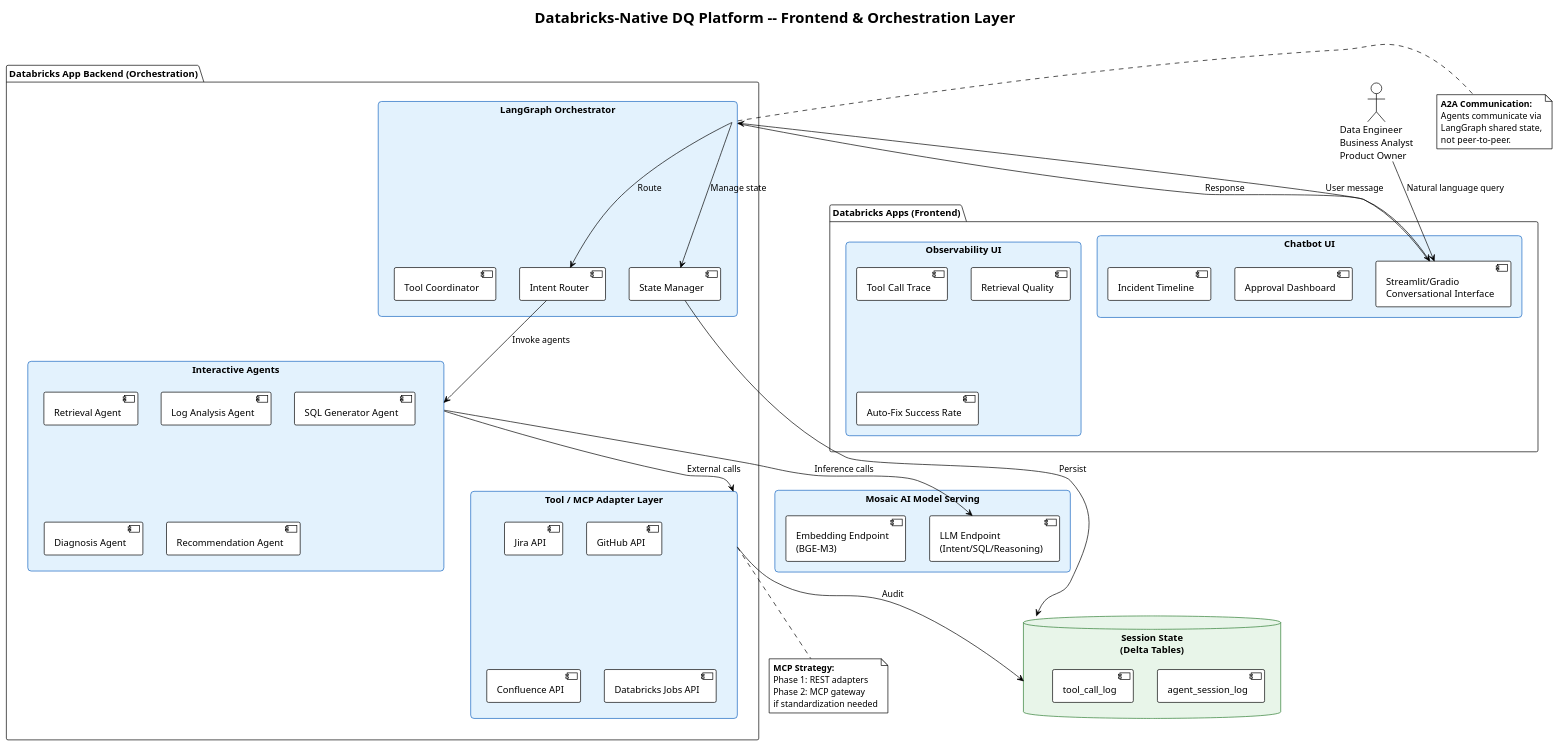
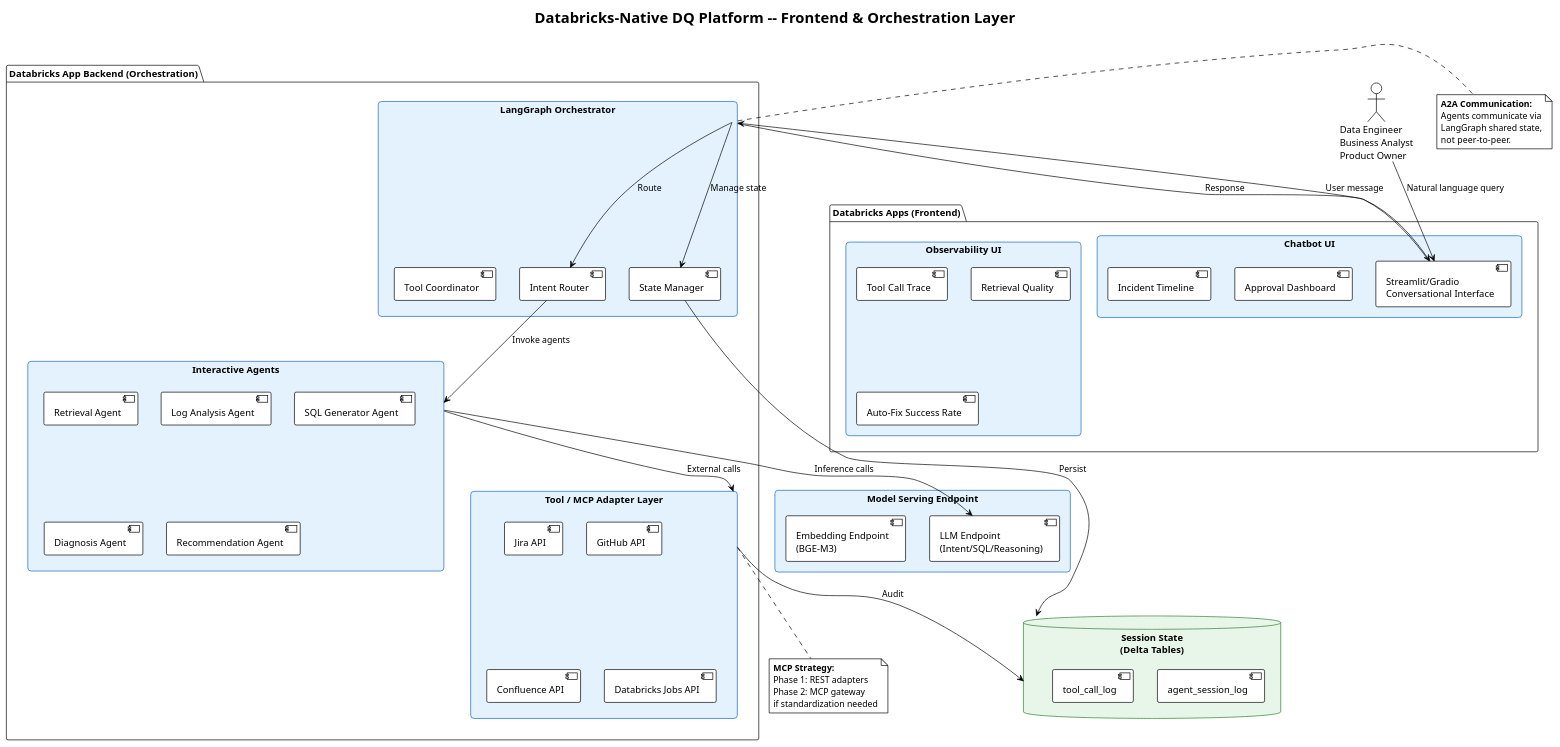
One commit to indraykk83/dre-design changed the diagram in puml/27_frontend_orchestration_layer.puml. Above: the diagram before and after it, drawn with PlantUML. The commit also changed 144 other files, not shown here.

```diff
--- a/puml/27_frontend_orchestration_layer.puml
+++ b/puml/27_frontend_orchestration_layer.puml
@@ -1,89 +1,89 @@
 @startuml 27_frontend_orchestration_layer
 !theme plain
 title Databricks-Native DQ Platform -- Frontend & Orchestration Layer
 
 skinparam rectangle {
   BackgroundColor #E3F2FD
   BorderColor #1565C0
   RoundCorner 10
 }
 skinparam database {
   BackgroundColor #E8F5E9
   BorderColor #2E7D32
 }
 
 actor "Data Engineer\nBusiness Analyst\nProduct Owner" as User
 
 package "Databricks Apps (Frontend)" {
   rectangle "Chatbot UI" as UI {
     component "Streamlit/Gradio\nConversational Interface" as ChatUI
     component "Approval Dashboard" as ApprovalUI
     component "Incident Timeline" as IncidentUI
   }
   
   rectangle "Observability UI" as ObsUI {
     component "Tool Call Trace" as ToolTrace
     component "Retrieval Quality" as RetrievalQuality
     component "Auto-Fix Success Rate" as AutoFixMetrics
   }
 }
 
 package "Databricks App Backend (Orchestration)" {
   rectangle "LangGraph Orchestrator" as LangGraph {
     component "Intent Router" as IntentRouter
     component "State Manager" as StateManager
     component "Tool Coordinator" as ToolCoordinator
   }
   
   rectangle "Interactive Agents" as Agents {
     component "Retrieval Agent" as RetrievalAgent
     component "Log Analysis Agent" as LogAgent
     component "SQL Generator Agent" as SQLAgent
     component "Diagnosis Agent" as DiagAgent
     component "Recommendation Agent" as RecommendAgent
   }
   
   rectangle "Tool / MCP Adapter Layer" as ToolLayer {
     component "Jira API" as JiraAPI
     component "GitHub API" as GitHubAPI
     component "Confluence API" as ConfluenceAPI
     component "Databricks Jobs API" as JobsAPI
   }
 }
 
-rectangle "Mosaic AI Model Serving" as AI {
+rectangle "Model Serving Endpoint" as AI {
   component "LLM Endpoint\n(Intent/SQL/Reasoning)" as LLM
   component "Embedding Endpoint\n(BGE-M3)" as Embed
 }
 
 database "Session State\n(Delta Tables)" as SessionDB {
   component "agent_session_log"
   component "tool_call_log"
 }
 
 User --> ChatUI : Natural language query
 ChatUI --> LangGraph : User message
 LangGraph --> IntentRouter : Route
 IntentRouter --> Agents : Invoke agents
 Agents --> LLM : Inference calls
 Agents --> ToolLayer : External calls
 ToolLayer --> SessionDB : Audit
 LangGraph --> StateManager : Manage state
 StateManager --> SessionDB : Persist
 LangGraph --> ChatUI : Response
 
 note right of LangGraph
   <b>A2A Communication:</b>
   Agents communicate via
   LangGraph shared state,
   not peer-to-peer.
 end note
 
 note bottom of ToolLayer
   <b>MCP Strategy:</b>
   Phase 1: REST adapters
   Phase 2: MCP gateway
   if standardization needed
 end note
 
 @enduml
```
